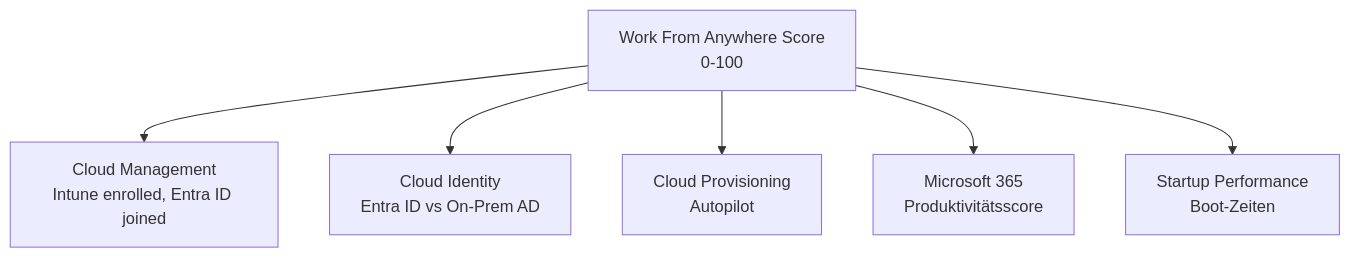
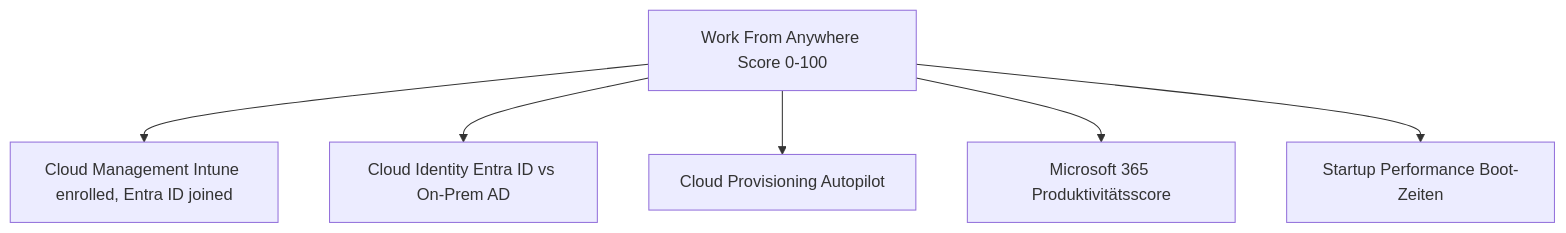
Before and after one commit to SoniiiT/notes-n-docs: the third of 3 diagrams in Microsoft 365/Intune Suite/Advanced Endpoint Analytics.md, drawn with Mermaid. The commit also changed other lines of this file and 124 other files, not shown here.

First line of the commit message:
fix: Entferne \n aus allen Mermaid-Diagrammen (125 Dateien)

````diff
--- a/Microsoft 365/Intune Suite/Advanced Endpoint Analytics.md
+++ b/Microsoft 365/Intune Suite/Advanced Endpoint Analytics.md
@@ -249,8 +249,8 @@
 ```mermaid
 graph TD
-    WFA[Work From Anywhere Score\n0-100] --> CLOUD[Cloud Management\nIntune enrolled, Entra ID joined]
-    WFA --> CLOUD_IDENTITY[Cloud Identity\nEntra ID vs On-Prem AD]
-    WFA --> CLOUD_PROV[Cloud Provisioning\nAutopilot]
-    WFA --> MS365[Microsoft 365\nProduktivitätsscore]
-    WFA --> STARTUP[Startup Performance\nBoot-Zeiten]
+    WFA[Work From Anywhere Score 0-100] --> CLOUD[Cloud Management Intune enrolled, Entra ID joined]
+    WFA --> CLOUD_IDENTITY[Cloud Identity Entra ID vs On-Prem AD]
+    WFA --> CLOUD_PROV[Cloud Provisioning Autopilot]
+    WFA --> MS365[Microsoft 365 Produktivitätsscore]
+    WFA --> STARTUP[Startup Performance Boot-Zeiten]
 ```
````
